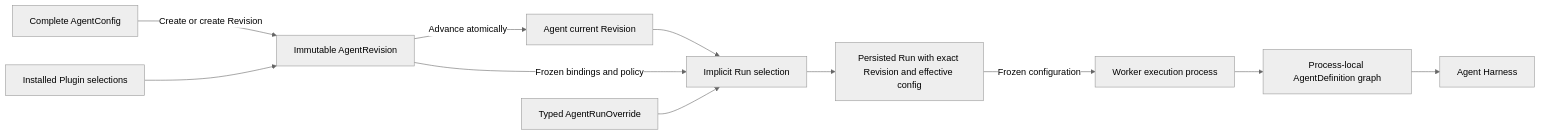
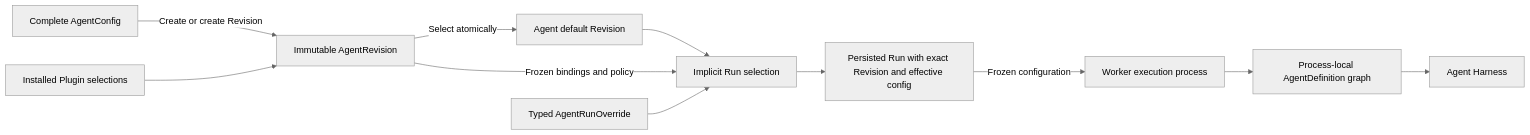
Before and after one commit to LTThreeComma/agent-foundation: the diagram in spec/a13n-service/28-agent-management.md, drawn with Mermaid (neutral theme). The commit also changed other lines of this file and 115 other files, not shown here.

First line of the commit message:
feat(agents)!: select default revisions without copying configurations (#552)

````diff
--- a/spec/a13n-service/28-agent-management.md
+++ b/spec/a13n-service/28-agent-management.md
@@ -13,13 +13,13 @@
 ```mermaid
 flowchart LR
     Config[Complete AgentConfig] -->|Create or create Revision| Revision[Immutable AgentRevision]
-    Revision -->|Advance atomically| Current[Agent current Revision]
+    Revision -->|Select atomically| Current[Agent default Revision]
     Plugins[Installed Plugin selections] --> Revision
     Current --> Acceptance[Implicit Run selection]
     Revision -->|Frozen bindings and policy| Acceptance
     Override[Typed AgentRunOverride] --> Acceptance
     Acceptance --> Run[Persisted Run with exact Revision and effective config]
     Run -->|Frozen configuration| Worker[Worker execution process]
     Worker --> Definition[Process-local AgentDefinition graph]
     Definition --> Harness[Agent Harness]
 ```
````
